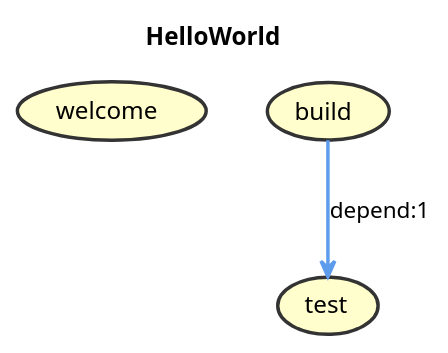
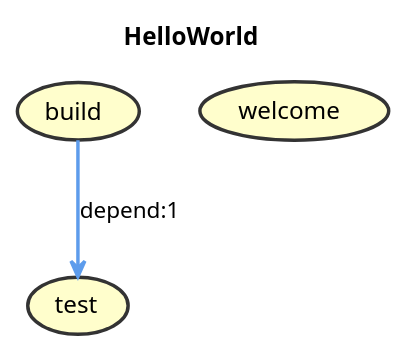
The diagram in resources/puml/gist-kbariotis.puml (jawira/phing-visualizer), drawn with PlantUML before and after one commit. The commit also changed other lines of this file and 8 other files, not shown here.

```diff
--- a/resources/puml/gist-kbariotis.puml
+++ b/resources/puml/gist-kbariotis.puml
@@ -1,16 +1,16 @@
 @startuml
 title HelloWorld
 skinparam ArrowFontColor Black
 skinparam ArrowThickness 2
 skinparam UseCaseBackgroundColor #FFFECC
 skinparam UseCaseBorderColor #333333
 skinparam UseCaseBorderThickness 2
 skinparam UseCaseFontColor Black
 
+(build)-[#5D9CEC]->(test) : depend:1
+
 (welcome)
 (test)
 (build)
 
-(build)-[#5D9CEC]->(test) : depend:1
-
 @enduml
```
